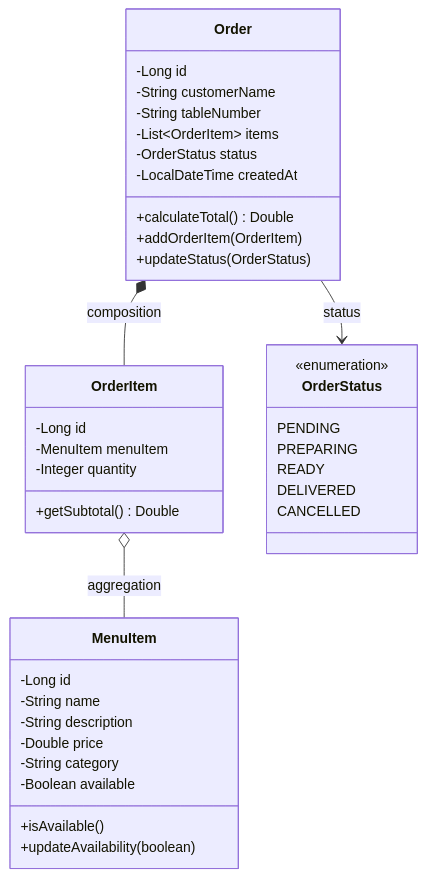
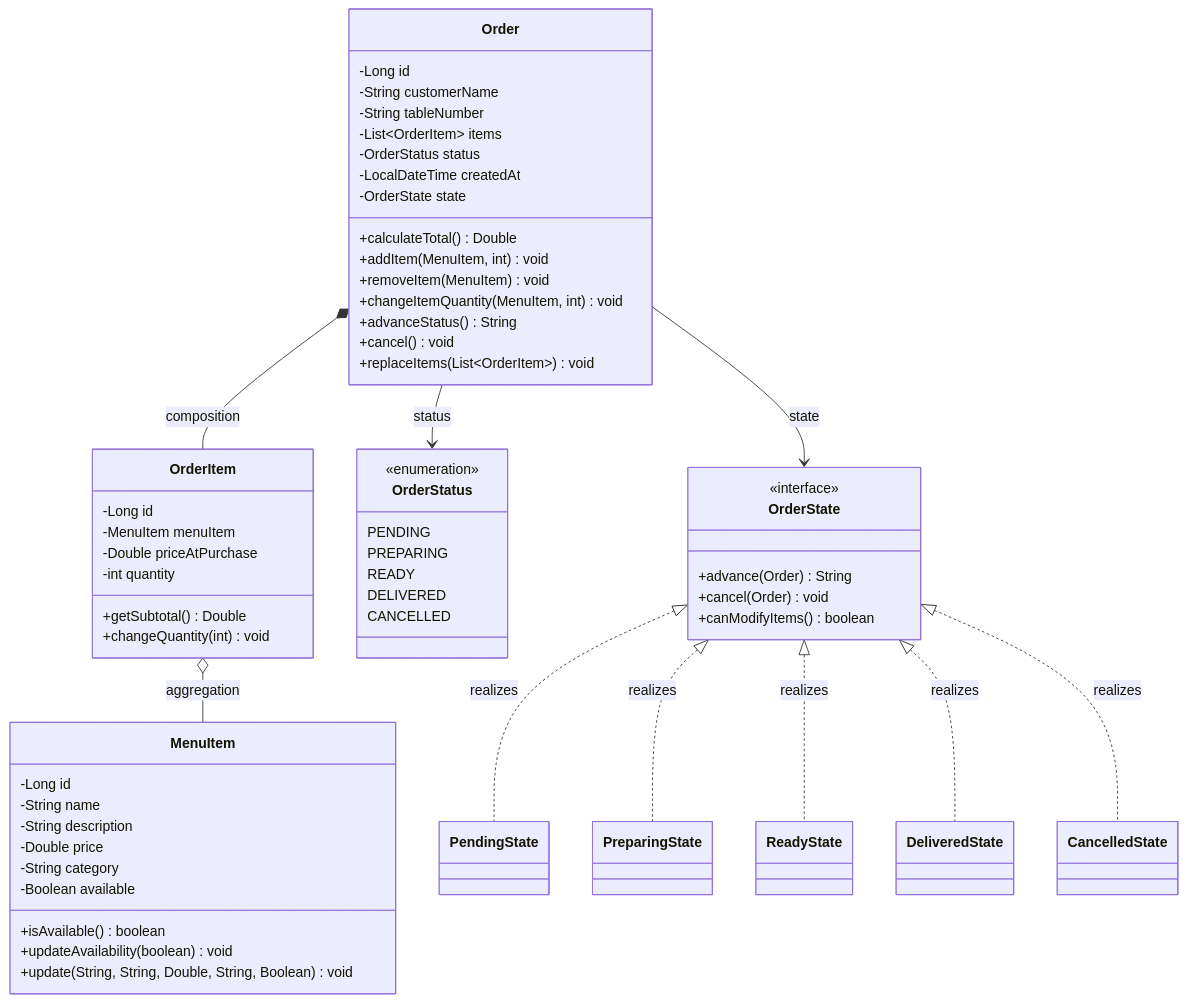
One commit to luizfldomingues/mc322-2026-1s-final-project changed the first of 2 diagrams in README.md. Above: the diagram before and after it, drawn with Mermaid. The commit also changed other lines of this file, not shown here.

````diff
--- a/README.md
+++ b/README.md
@@ -24,41 +24,72 @@
 ```mermaid
 classDiagram
  class MenuItem {
  -Long id
  -String name
  -String description
  -Double price
  -String category
  -Boolean available
- +isAvailable()
- +updateAvailability(boolean)
+ +isAvailable() boolean
+ +updateAvailability(boolean) void
+ +update(String, String, Double, String, Boolean) void
  }
  class Order {
  -Long id
  -String customerName
  -String tableNumber
  -List~OrderItem~ items
  -OrderStatus status
  -LocalDateTime createdAt
+ -OrderState state
  +calculateTotal() Double
- +addOrderItem(OrderItem)
- +updateStatus(OrderStatus)
+ +addItem(MenuItem, int) void
+ +removeItem(MenuItem) void
+ +changeItemQuantity(MenuItem, int) void
+ +advanceStatus() String
+ +cancel() void
+ +replaceItems(List~OrderItem~) void
  }
  class OrderItem {
  -Long id
  -MenuItem menuItem
- -Integer quantity
+ -Double priceAtPurchase
+ -int quantity
  +getSubtotal() Double
+ +changeQuantity(int) void
  }
  class OrderStatus {
  <<enumeration>>
  PENDING
  PREPARING
  READY
  DELIVERED
  CANCELLED
  }
+ class OrderState {
+ <<interface>>
+ +advance(Order) String
+ +cancel(Order) void
+ +canModifyItems() boolean
+ }
+ class PendingState {
+ }
+ class PreparingState {
+ }
+ class ReadyState {
+ }
+ class DeliveredState {
+ }
+ class CancelledState {
+ }
+
  Order *-- OrderItem : composition
  OrderItem o-- MenuItem : aggregation
  Order --> OrderStatus : status
+ Order --> OrderState : state
+ OrderState <|.. PendingState : realizes
+ OrderState <|.. PreparingState : realizes
+ OrderState <|.. ReadyState : realizes
+ OrderState <|.. DeliveredState : realizes
+ OrderState <|.. CancelledState : realizes
 ```
````
